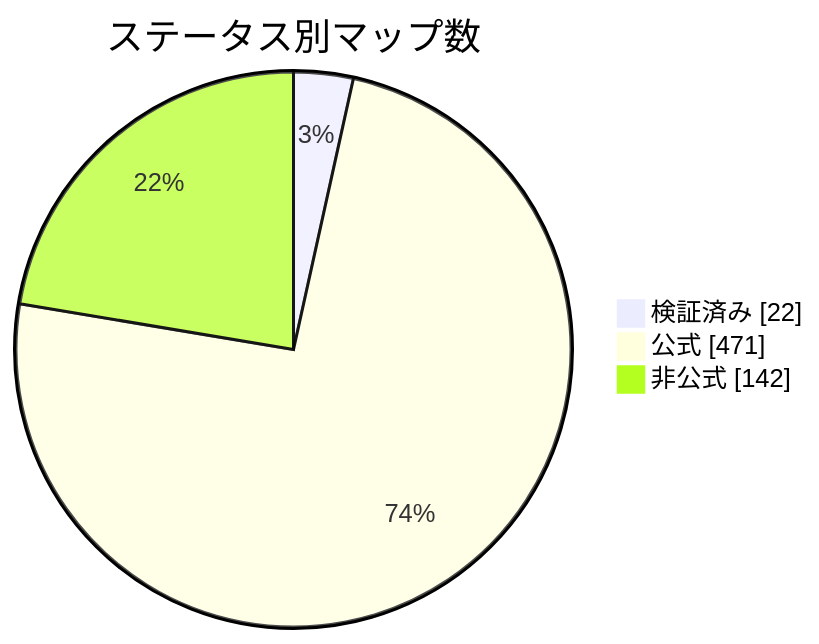
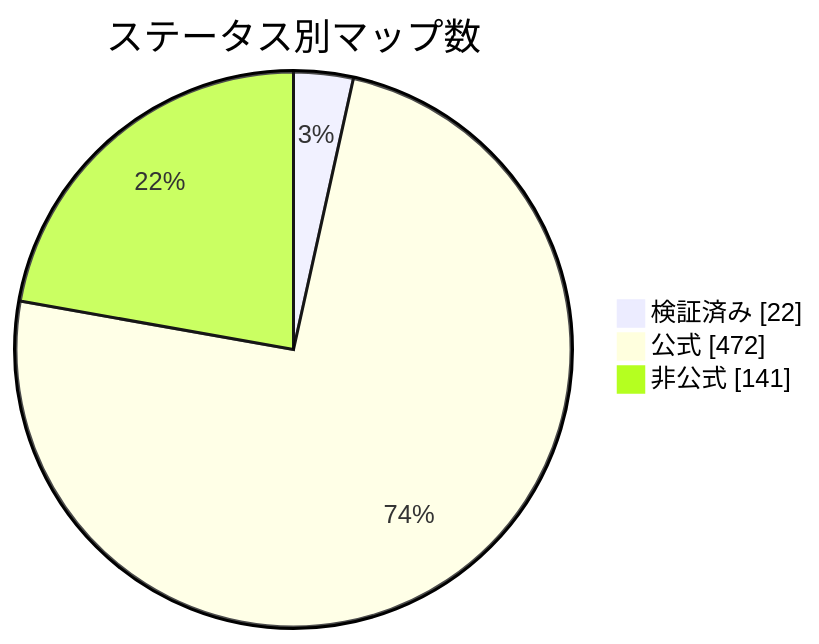
Before and after one commit to nobrega8/mbmap-library: the diagram in docs/readme/README_JP.md, drawn with Mermaid. The commit also changed 6 other files, not shown here.

````diff
--- a/docs/readme/README_JP.md
+++ b/docs/readme/README_JP.md
@@ -54,7 +54,7 @@
 ```mermaid
 pie showData
     title ステータス別マップ数
     "検証済み" : 22
-    "公式" : 471
-    "非公式" : 142
+    "公式" : 472
+    "非公式" : 141
 ```
````
